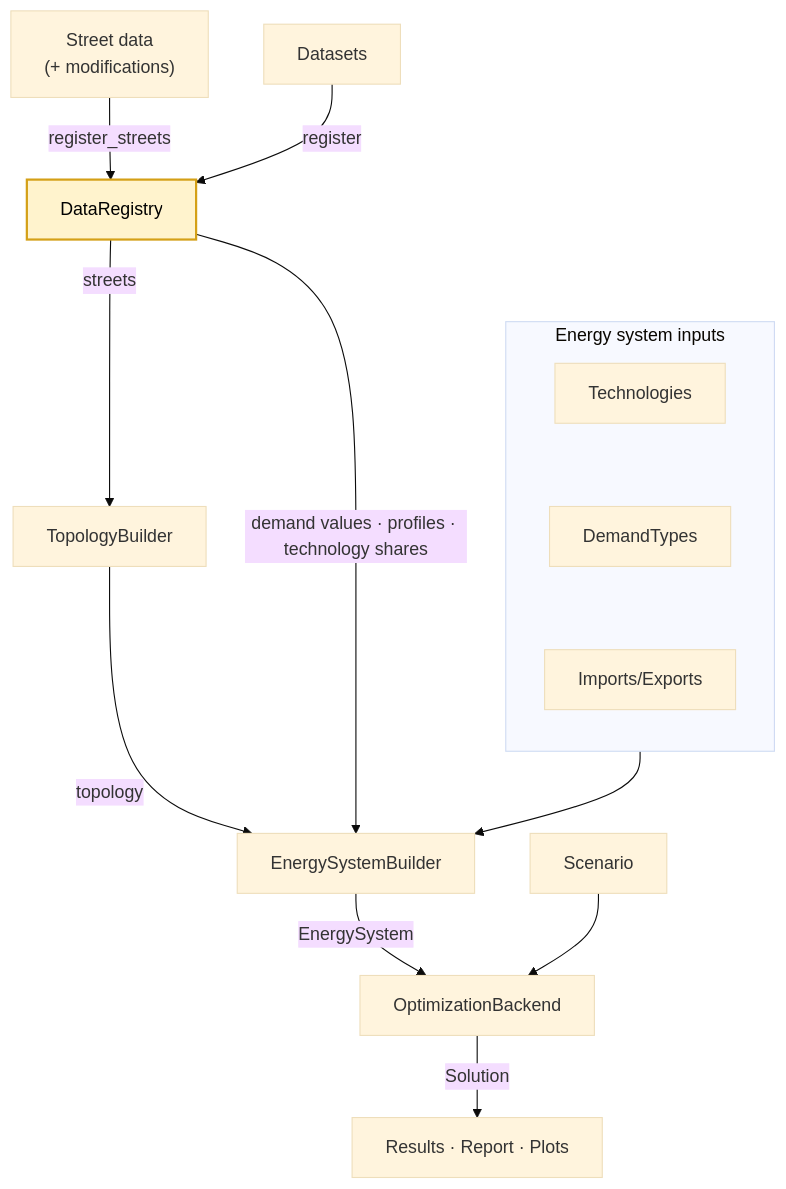
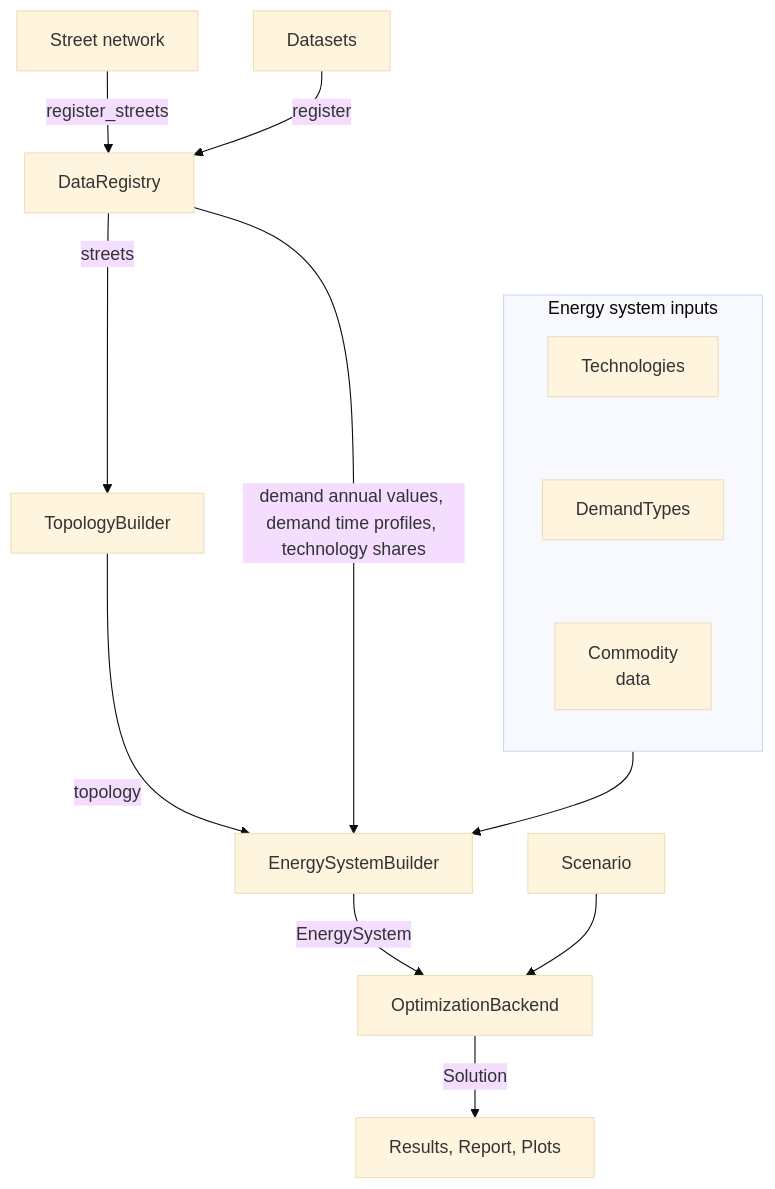
The diagram in README.md (EINS-TUDa/geopipe), drawn with Mermaid (base theme) before and after one commit. The commit also changed 1 other file, not shown here.

Commit message:
updated flowchart

````diff
--- a/README.md
+++ b/README.md
@@ -27,32 +27,30 @@
 ```mermaid
 flowchart TD
-    streets["Street data<br/>(+ modifications)"] -- "register_streets" --> dr["DataRegistry"]
+    streets["Street network"] -- "register_streets" --> dr["DataRegistry"]
     datasets["Datasets"] -- "register" --> dr
     dr -- "streets" --> tb["TopologyBuilder"]
     tb -- "topology" --> esb["EnergySystemBuilder"]
     subgraph inputs["Energy system inputs"]
         direction TB
-        techs["Technologies"] --- demands["DemandTypes"] --- ie["Imports/Exports"]
+        techs["Technologies"] --- demands["DemandTypes"] --- ie["Commodity<br/>data"]
     end
     inputs --> esb
-    dr -- "demand values · profiles · technology shares" --> esb
+    dr -- "demand annual values, demand time profiles, technology shares" --> esb
     esb -- "EnergySystem" --> ob["OptimizationBackend"]
     scenario["Scenario"] --> ob
-    ob -- "Solution" --> out["Results · Report · Plots"]
+    ob -- "Solution" --> out["Results, Report, Plots"]
 
-    classDef registry fill:#fff3cd,stroke:#d4a017,stroke-width:2px,color:#000
-    class dr registry
     linkStyle 4,5 stroke:none,stroke-width:0px
 
     click streets href "Components/modify_streets_data/"
     click tb href "Components/topology_builder/"
     click techs href "Components/technologies/"
     click demands href "Components/demand_type/"
     click ie href "Components/energy_system_builder/#imports_exportsyaml"
     click esb href "Components/energy_system_builder/"
     click datasets href "Components/data_registry/"
     click dr href "Components/data_registry/"
     click ob href "Components/optimization/#optimizationbackend"
     click scenario href "Components/optimization/#scenario"
     click out href "Components/optimization/#solution"
 ```
````
